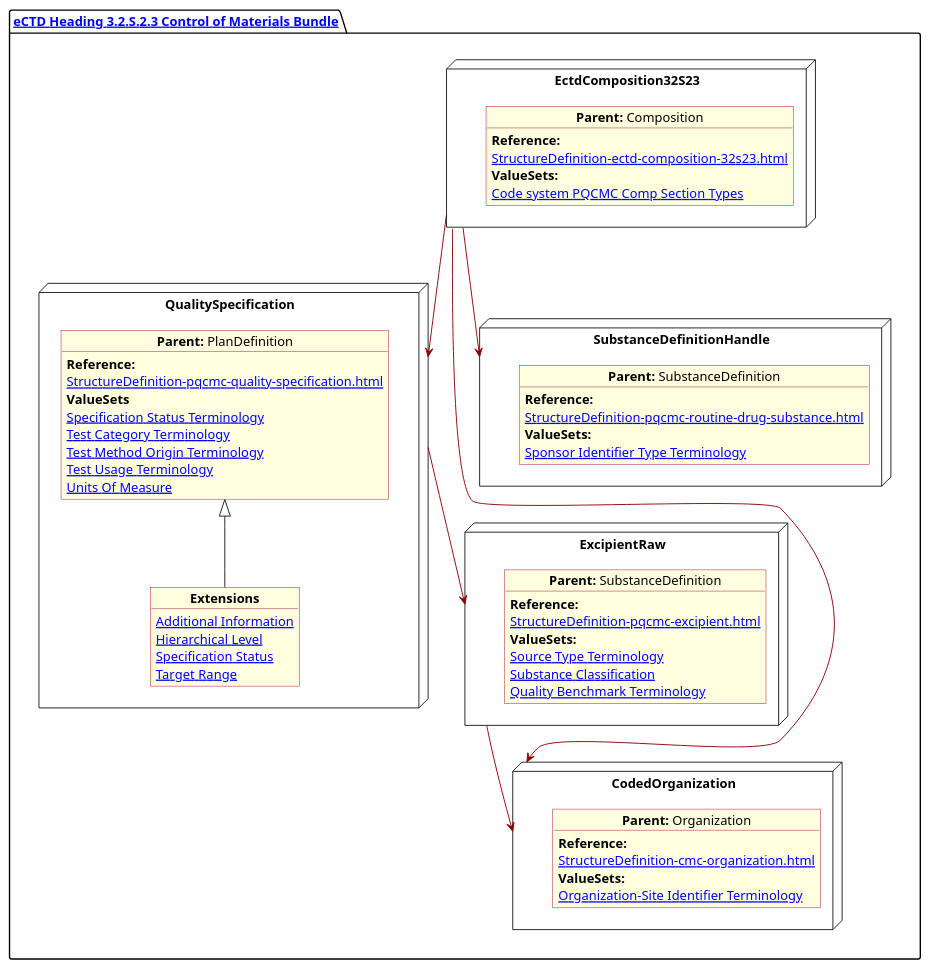
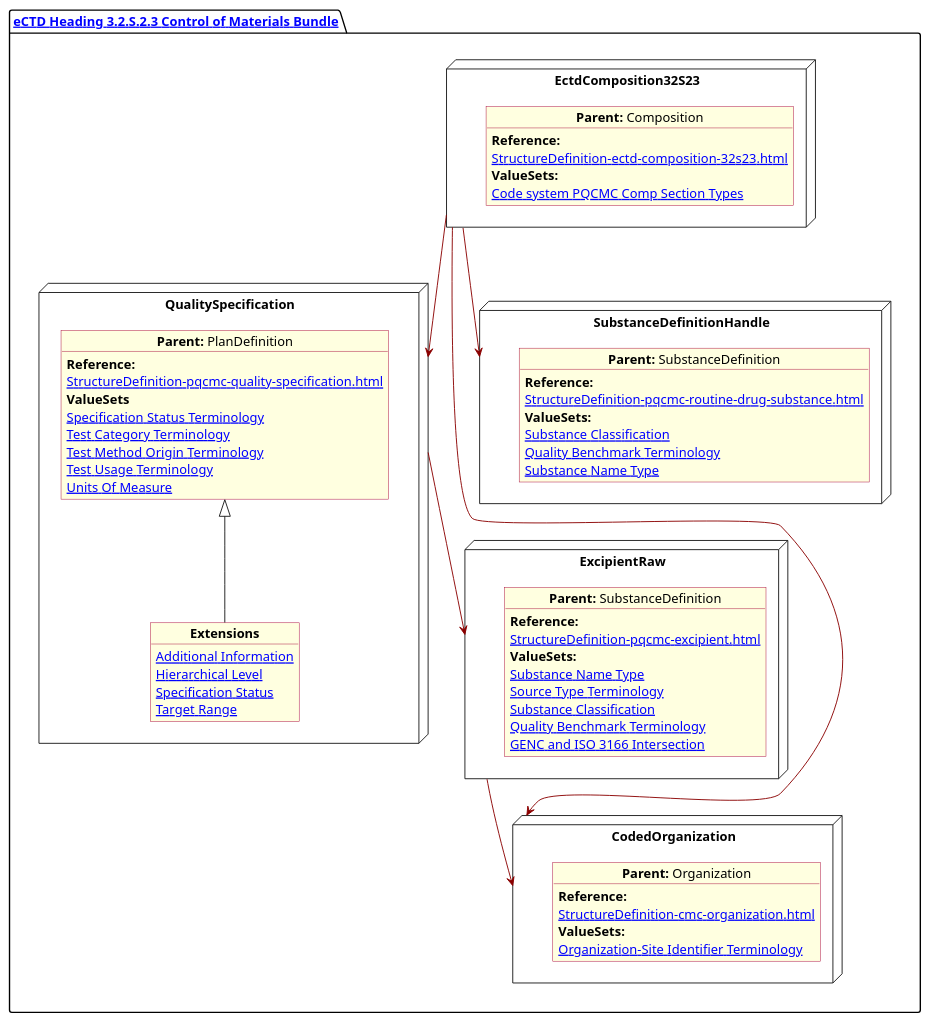
Before and after one commit to HL7/FHIR-us-pq-cmc-fda: the diagram in input/images-source/SubstanceControlMat.plantuml, drawn with PlantUML. The commit also changed 20 other files, not shown here.

Commit message:
Edits to diagrams and last review of stage 1

```diff
--- a/input/images-source/SubstanceControlMat.plantuml
+++ b/input/images-source/SubstanceControlMat.plantuml
@@ -1,80 +1,84 @@
 @startuml SubstanceControlMat
 allowmixing
 'Mixed model of use case and object
 skinparam svgDimensionStyle false
 skinparam ObjectBackgroundColor LightYellow
 skinparam ObjectBorderColor #A80036
 skinparam activityDiamondBorderColor #A80036
 skinparam activityDiamondBackgroundColor lawnGreen
 skinparam ClassBorderThickness 4
 
 package "[[StructureDefinition-cmc-ectd-document-32s23.html eCTD Heading 3.2.S.2.3 Control of Materials Bundle]]" as NODES {
 
     node "QualitySpecification" as N2 {
 
         object "**Parent:** PlanDefinition" as obj2 {
             **Reference:**
             [[StructureDefinition-pqcmc-quality-specification.html]]
             **ValueSets**
             [[ValueSet-pqcmc-specification-status-terminology.html Specification Status Terminology]]
             [[ValueSet-pqcmc-test-category-terminology.html Test Category Terminology]]
             [[ValueSet-pqcmc-test-method-origin-terminology.html Test Method Origin Terminology]]
             [[ValueSet-pqcmc-test-usage-terminology.html Test Usage Terminology]]
             [[ValueSet-pqcmc-units-of-measure.html Units Of Measure]]
         }
         object "**Extensions**" as objQSEx {
             [[StructureDefinition-pq-additional-info-extension.html Additional Information]]
             [[StructureDefinition-pq-hierarchical-level-extension.html Hierarchical Level]]
             [[StructureDefinition-pq-specification-status-extension.html Specification Status]]
             [[StructureDefinition-pq-target-range.html Target Range]]
         }
         obj2 <|-- objQSEx
     }
     node "EctdComposition32S23" as N1 {
 
         object "**Parent:** Composition" as obj1 {
             **Reference:**
             [[StructureDefinition-ectd-composition-32s23.html]]
             **ValueSets:**
             [[ValueSet-cmc-comp-section-types-vs.html Code system PQCMC Comp Section Types]]
         }
     }
 
     node "ExcipientRaw" as N21 {
 
         object "**Parent:** SubstanceDefinition" as obj22 {
             **Reference:**
             [[StructureDefinition-pqcmc-excipient.html]]
             **ValueSets:**
+            [[ValueSet-pqcmc-substance-name-type.html Substance Name Type]]
             [[ValueSet-pqcmc-source-type-terminology.html Source Type Terminology]]
             [[ValueSet-substance-classification.html Substance Classification]]
             [[ValueSet-pqcmc-quality-benchmark-terminology.html Quality Benchmark Terminology]]
+            [[ValueSet-pqcmc-genc-and-iso-intersect.html GENC and ISO 3166 Intersection]]
         }
     }
     node "CodedOrganization" as NSO {
 
         object "**Parent:** Organization" as objAu {
             **Reference:**
             [[StructureDefinition-cmc-organization.html]]
             **ValueSets:**
             [[ValueSet-pqcmc-org-identifier-type-terminology.html Organization-Site Identifier Terminology]]
         }
     }
 
     node "SubstanceDefinitionHandle" as NN {
 
         object "**Parent:** SubstanceDefinition" as obj3 {
             **Reference:**
             [[StructureDefinition-pqcmc-routine-drug-substance.html]]
             **ValueSets:**
-            [[ValueSet-pqcmc-org-identifier-type-terminology.html Sponsor Identifier Type Terminology]]
+            [[ValueSet-substance-classification.html Substance Classification]]
+            [[ValueSet-pqcmc-quality-benchmark-terminology.html Quality Benchmark Terminology]]
+            [[ValueSet-pqcmc-substance-name-type.html Substance Name Type]]
         }
     }
 
     N1 -[#darkred]--> N2
     N2 -[#darkred]-> N21
     N1 -[#darkred]--> NSO
     N1 -[#darkred]--> NN
     N21 -[#darkred]-> NSO
 }
 @enduml
```
